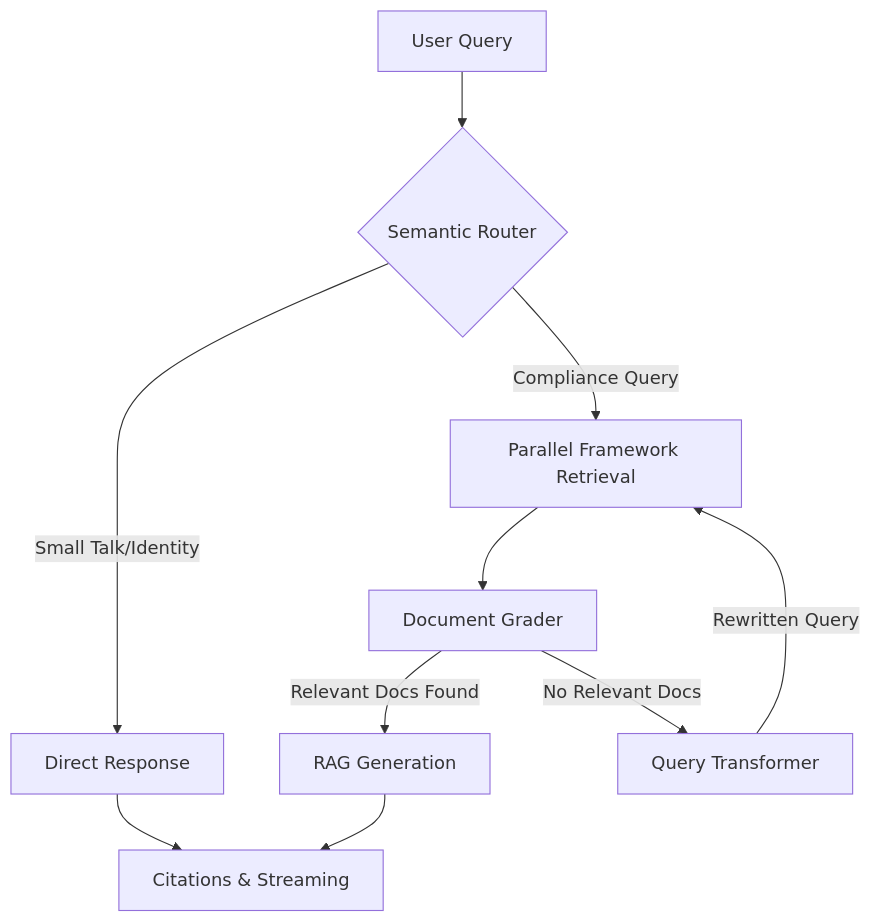
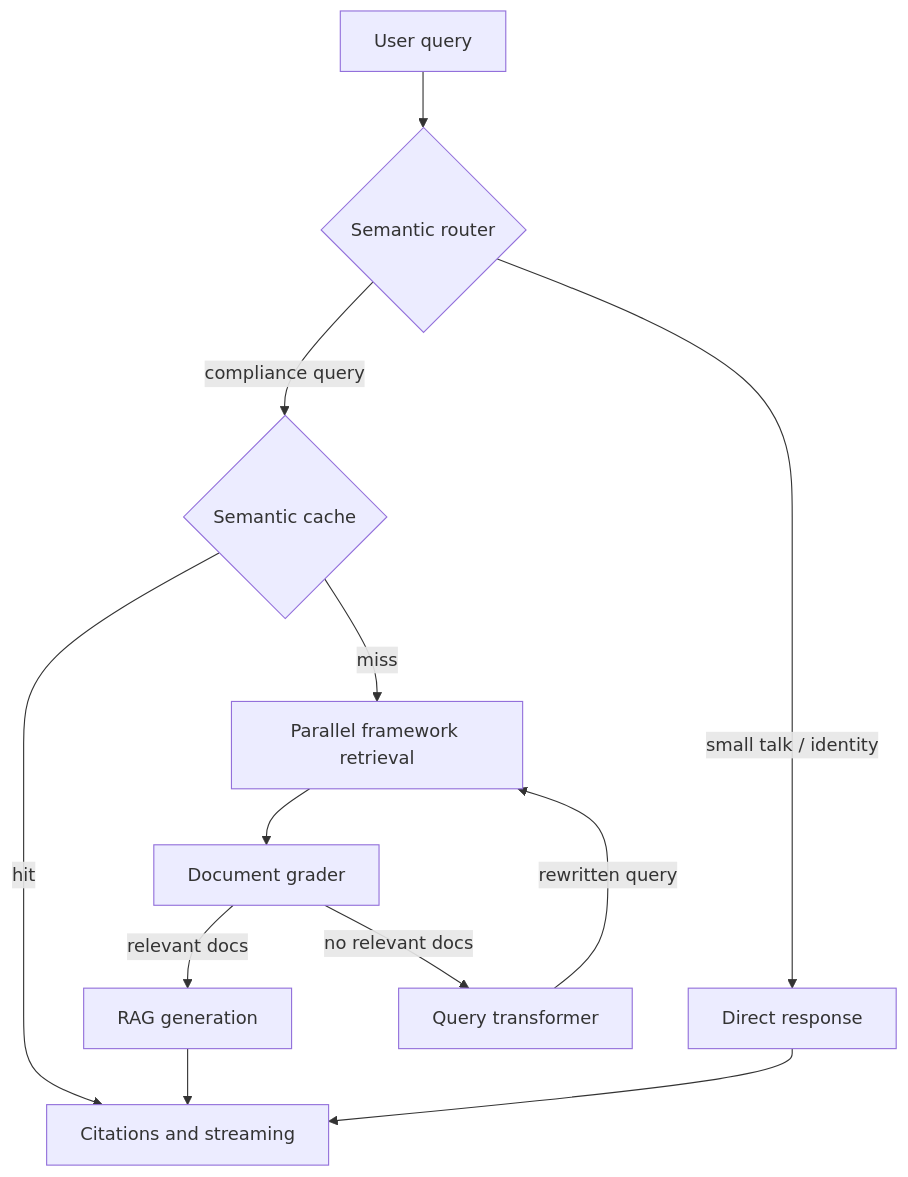
Before and after one commit to glenlouis8/audit-ai: the diagram in README.md, drawn with Mermaid. The commit also changed other lines of this file and 4 other files, not shown here.

Commit message:
polish readme, add screenshots and judge chart, fix demo url and eval count

````diff
--- a/README.md
+++ b/README.md
@@ -15,12 +92,14 @@
 ```mermaid
-graph TD
-    A[User Query] --> B{Semantic Router}
-    B -- Small Talk/Identity --> C[Direct Response]
-    B -- Compliance Query --> D[Parallel Framework Retrieval]
-    D --> E[Document Grader]
-    E -- Relevant Docs Found --> F[RAG Generation]
-    E -- No Relevant Docs --> G[Query Transformer]
-    G -- Rewritten Query --> D
-    F --> H[Citations & Streaming]
+flowchart TD
+    A[User query] --> B{Semantic router}
+    B -- small talk / identity --> C[Direct response]
+    B -- compliance query --> K{Semantic cache}
+    K -- hit --> H
+    K -- miss --> D[Parallel framework retrieval]
+    D --> E[Document grader]
+    E -- relevant docs --> F[RAG generation]
+    E -- no relevant docs --> G[Query transformer]
+    G -- rewritten query --> D
+    F --> H[Citations and streaming]
     C --> H
 ```
````
